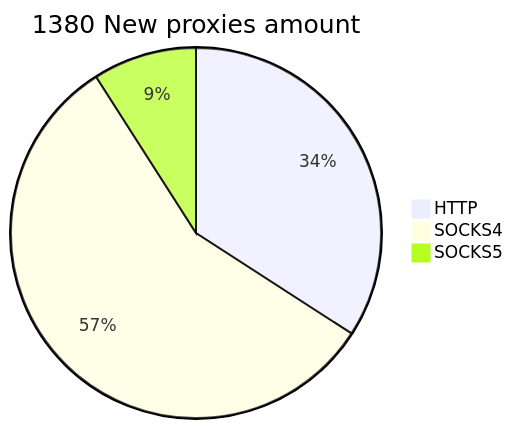
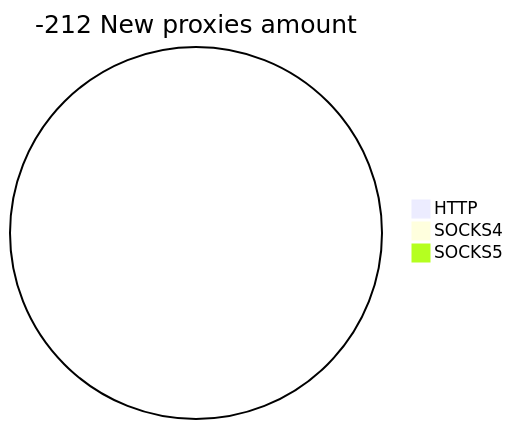
The second of 2 diagrams in README.md (cutipu/proxylist), drawn with Mermaid before and after one commit. The commit also changed other lines of this file, not shown here.

````diff
--- a/README.md
+++ b/README.md
@@ -10,6 +10,6 @@
 ```mermaid
-pie title 1380 New proxies amount
-    "HTTP" : 471
-    "SOCKS4" : 784
-    "SOCKS5" : 125
+pie title -212 New proxies amount
+    "HTTP" : 0
+    "SOCKS4" : 0
+    "SOCKS5" : 0
 ```
````
